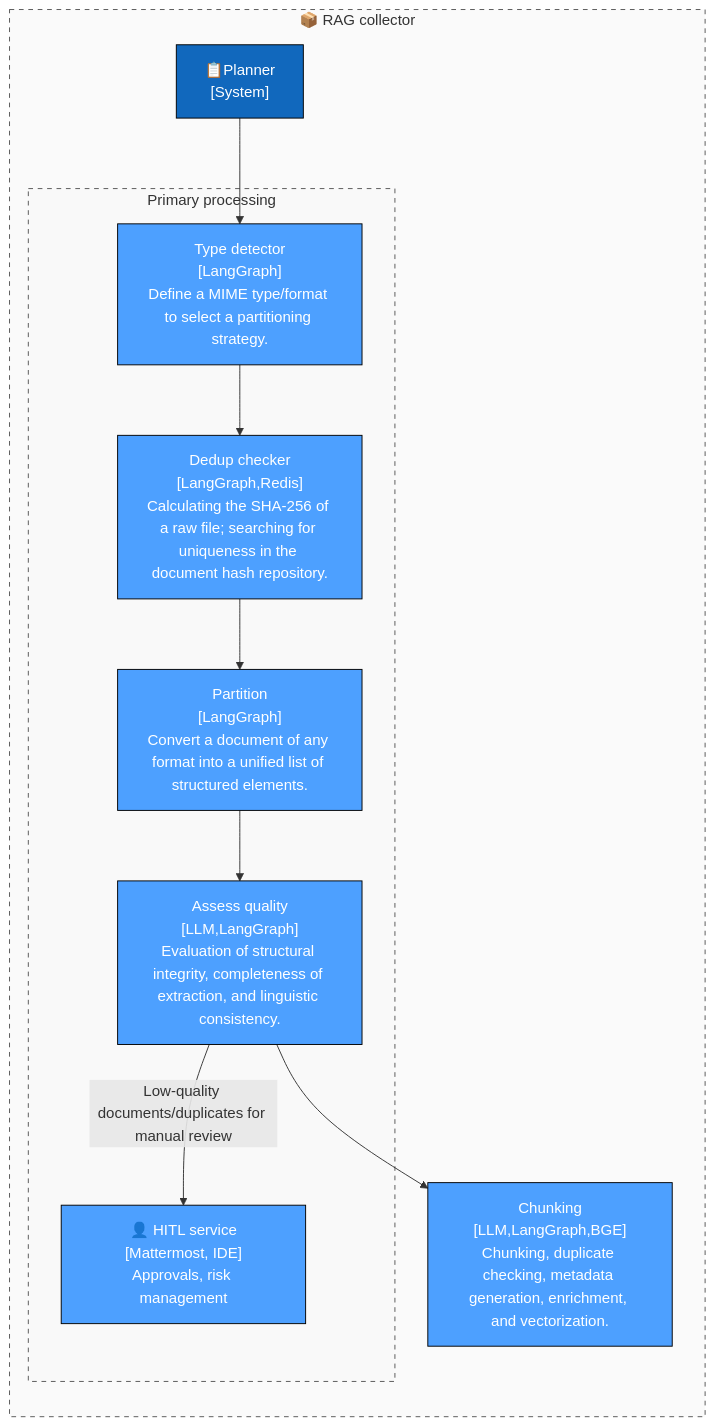
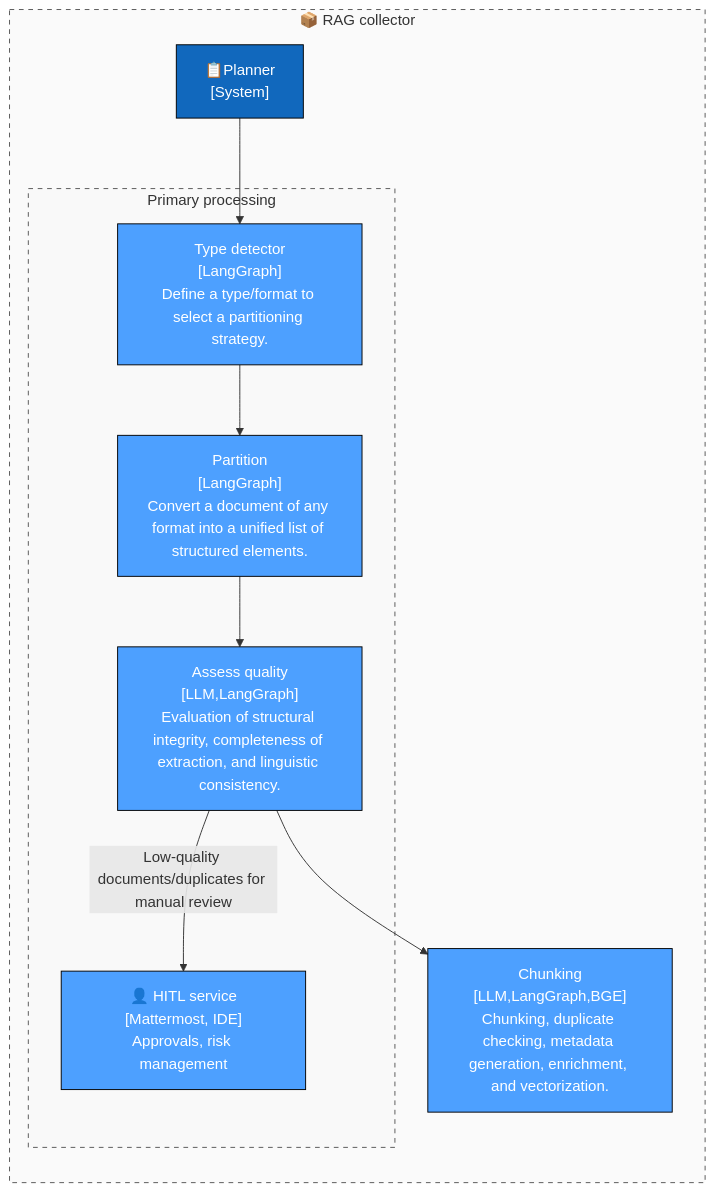
One commit to Kir-Za/MAS changed the diagram in c4schemes_crawler/component_processing.mmd. Above: the diagram before and after it, drawn with Mermaid.

Commit message:
Remove MIME

```diff
--- a/c4schemes_crawler/component_processing.mmd
+++ b/c4schemes_crawler/component_processing.mmd
@@ -1,26 +1,25 @@
 flowchart TD
     classDef actor fill:#08427b,stroke:#000,color:#fff,stroke-width:2px;
     classDef system fill:#1168bd,stroke:#000,color:#fff;
     classDef container fill:#4DA0FF,stroke:#000,color:#fff;
     classDef external fill:#999,stroke:#333,color:#fff;
 
     subgraph group_internal_0["📦 RAG collector"]
         direction TB
         scheduler["📋Planner<br/>[System]<br/>"]:::system
         subgraph group_internal_1["Primary processing"]
-            detect["Type detector<br/>[LangGraph]<br/>Define a MIME type/format to select a partitioning strategy."]:::container
-            exact_dedup["Dedup checker<br/>[LangGraph,Redis]<br/>Calculating the SHA-256 of a raw file; searching for uniqueness in the document hash repository."]:::container
+            detect["Type detector<br/>[LangGraph]<br/>Define a type/format to select a partitioning strategy."]:::container
             partition["Partition<br/>[LangGraph]<br/>Convert a document of any format into a unified list of structured elements."]:::container
             quality["Assess quality<br/>[LLM,LangGraph]<br/>Evaluation of structural integrity, completeness of extraction, and linguistic consistency."]:::container
             hitl["👤 HITL service<br/>[Mattermost, IDE]<br/>Approvals, risk management"]:::container
         end
         chunking["Chunking<br/>[LLM,LangGraph,BGE]<br/>Chunking, duplicate checking, metadata generation, enrichment, and vectorization."]:::container
     end
 
     scheduler --> detect
-    detect --> exact_dedup --> partition --> quality
+    detect --> partition --> quality
     quality -->|"Low-quality documents/duplicates for manual review"| hitl
     quality --> chunking
 
     style group_internal_0 stroke:#555,stroke-dasharray: 5 5,fill:#f9f9f9,fill-opacity:0.8;
     style group_internal_1 stroke:#555,stroke-dasharray: 5 5,fill:#f9f9f9,fill-opacity:0.8;
```
